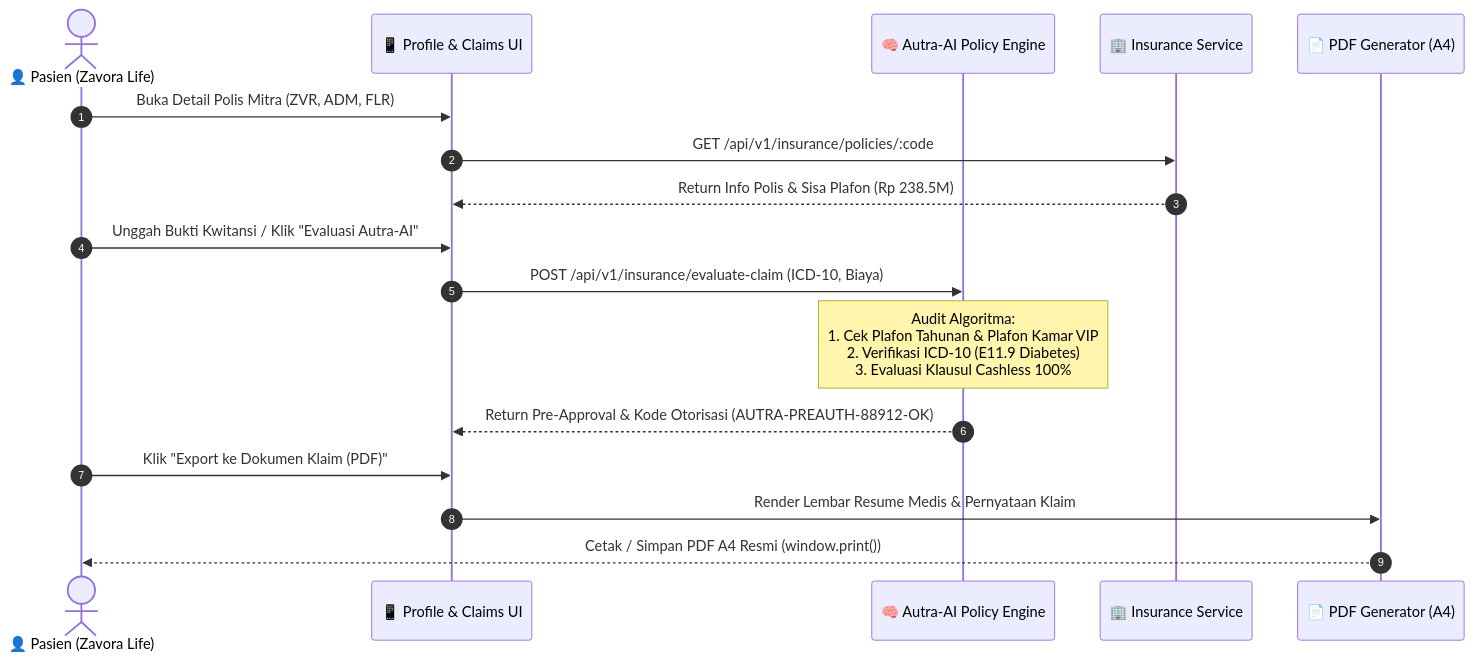
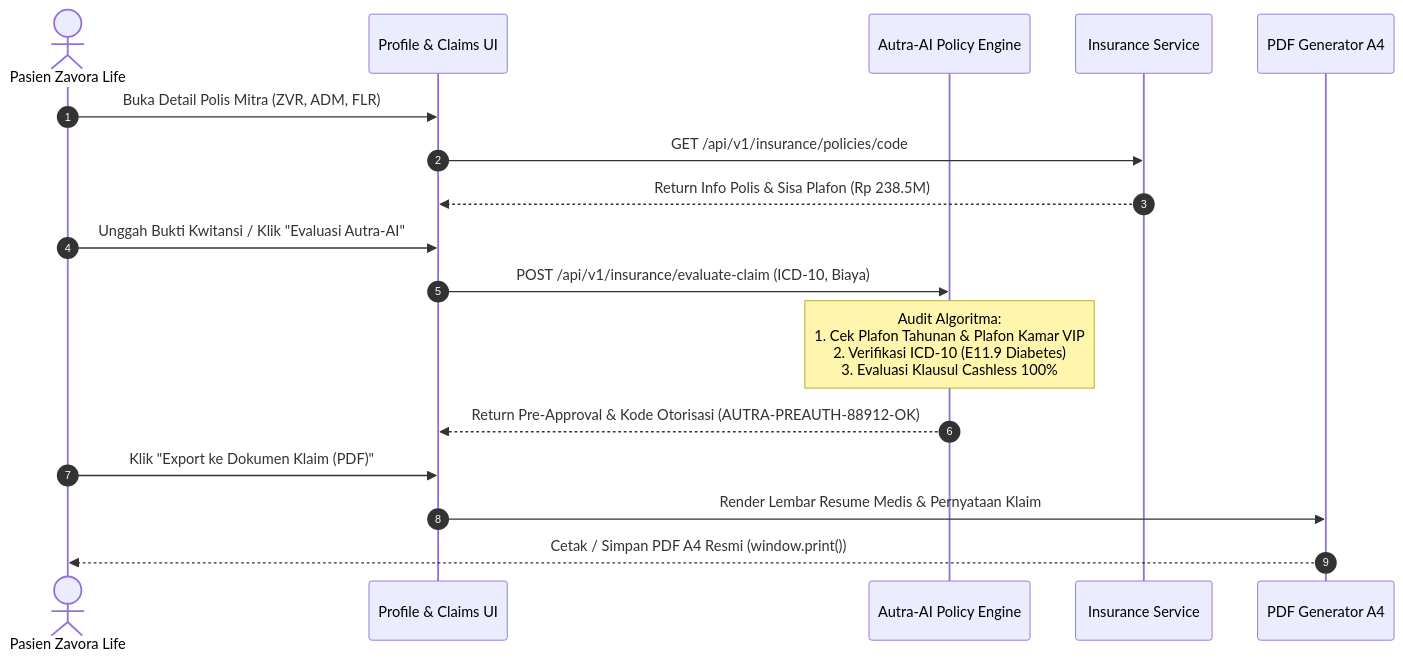
Before and after one commit to swandrax/sehat-kuat: the second of 4 diagrams in README.md, drawn with Mermaid. The commit also changed other lines of this file, not shown here.

Commit message:
fix(docs): fix Mermaid syntax for GitHub renderer compatibility across all architecture diagrams

````diff
--- a/README.md
+++ b/README.md
@@ -58,22 +55,22 @@
 ```mermaid
 sequenceDiagram
     autonumber
-    actor Pasien as 👤 Pasien (Zavora Life)
-    participant Profile as 📱 Profile & Claims UI
-    participant AutraAI as 🧠 Autra-AI Policy Engine
-    participant InsService as 🏢 Insurance Service
-    participant PDFExport as 📄 PDF Generator (A4)
+    actor Pasien as Pasien Zavora Life
+    participant Profile as Profile & Claims UI
+    participant AutraAI as Autra-AI Policy Engine
+    participant InsService as Insurance Service
+    participant PDFExport as PDF Generator A4
 
     Pasien->>Profile: Buka Detail Polis Mitra (ZVR, ADM, FLR)
-    Profile->>InsService: GET /api/v1/insurance/policies/:code
+    Profile->>InsService: GET /api/v1/insurance/policies/code
     InsService-->>Profile: Return Info Polis & Sisa Plafon (Rp 238.5M)
 
     Pasien->>Profile: Unggah Bukti Kwitansi / Klik "Evaluasi Autra-AI"
     Profile->>AutraAI: POST /api/v1/insurance/evaluate-claim (ICD-10, Biaya)
     Note over AutraAI: Audit Algoritma:<br/>1. Cek Plafon Tahunan & Plafon Kamar VIP<br/>2. Verifikasi ICD-10 (E11.9 Diabetes)<br/>3. Evaluasi Klausul Cashless 100%
     AutraAI-->>Profile: Return Pre-Approval & Kode Otorisasi (AUTRA-PREAUTH-88912-OK)
 
     Pasien->>Profile: Klik "Export ke Dokumen Klaim (PDF)"
     Profile->>PDFExport: Render Lembar Resume Medis & Pernyataan Klaim
     PDFExport-->>Pasien: Cetak / Simpan PDF A4 Resmi (window.print())
 ```
````
